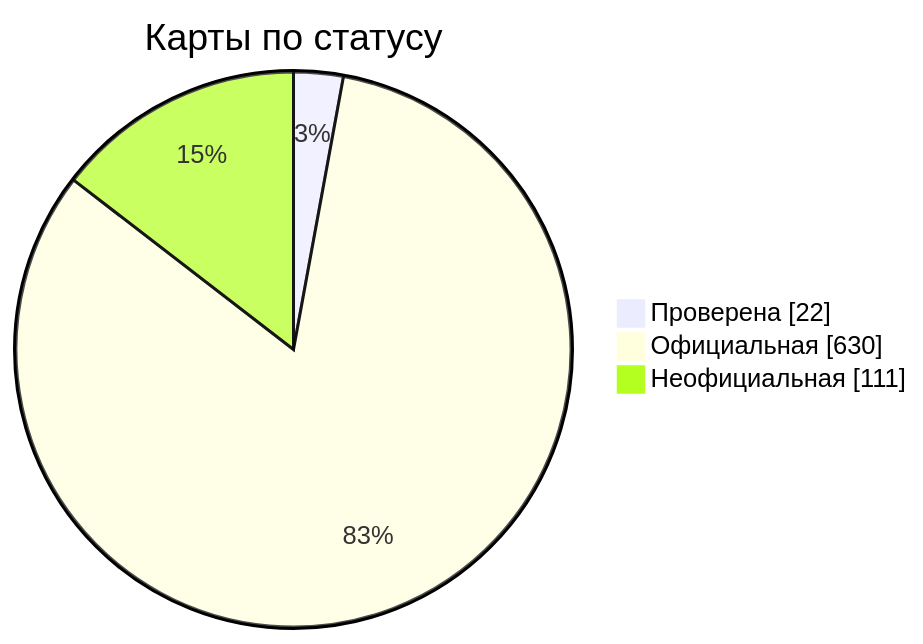
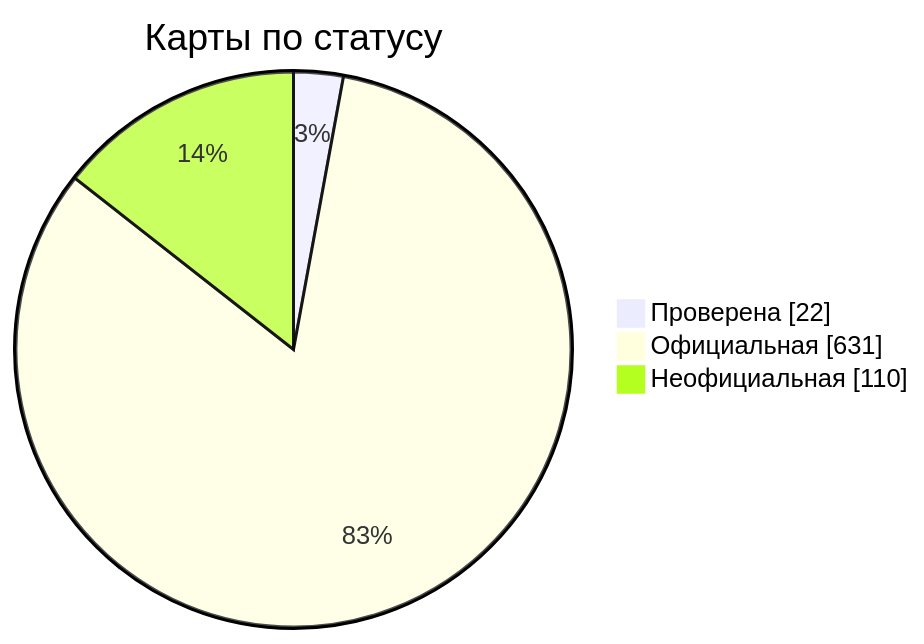
One commit to nobrega8/mbmap-library changed the diagram in docs/readme/README_RU.md. Above: the diagram before and after it, drawn with Mermaid. The commit also changed 6 other files, not shown here.

````diff
--- a/docs/readme/README_RU.md
+++ b/docs/readme/README_RU.md
@@ -54,7 +54,7 @@
 ```mermaid
 pie showData
     title Карты по статусу
     "Проверена" : 22
-    "Официальная" : 630
-    "Неофициальная" : 111
+    "Официальная" : 631
+    "Неофициальная" : 110
 ```
````
